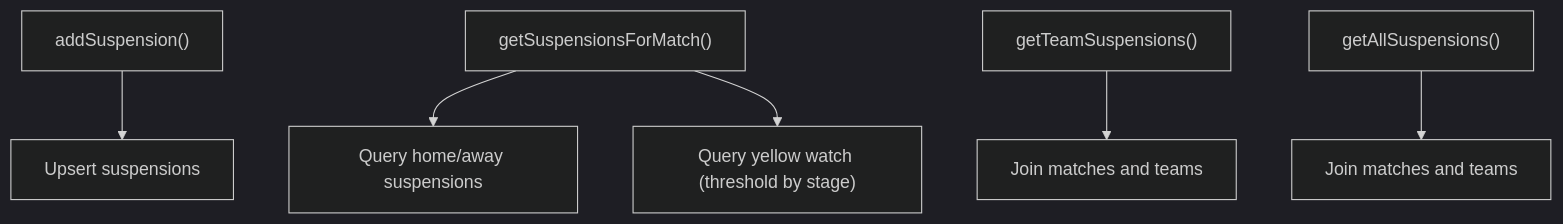
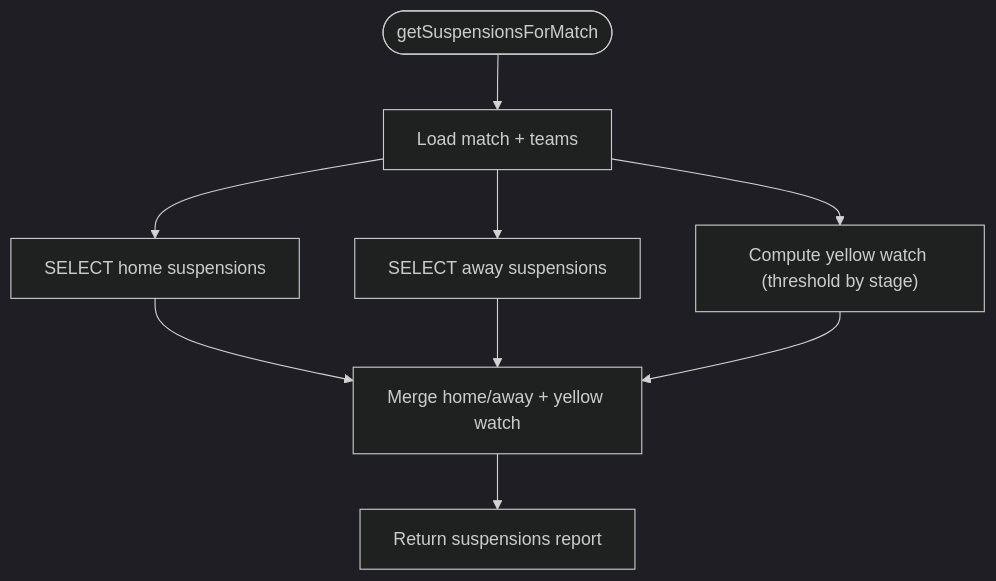
The sixth of 8 diagrams in .qoder/repowiki/en/content/Data Services/Data Services.md (cheesiong/WC26-qwen), drawn with Mermaid (dark theme) before and after one commit. The commit also changed other lines of this file and 181 other files, not shown here.

````diff
--- a/.qoder/repowiki/en/content/Data Services/Data Services.md
+++ b/.qoder/repowiki/en/content/Data Services/Data Services.md
@@ -276,8 +298,11 @@
 ```mermaid
 flowchart TD
-A["addSuspension()"] --> B["Upsert suspensions"]
-C["getSuspensionsForMatch()"] --> D["Query home/away suspensions"]
-C --> E["Query yellow watch (threshold by stage)"]
-F["getTeamSuspensions()"] --> G["Join matches and teams"]
-H["getAllSuspensions()"] --> I["Join matches and teams"]
+Start(["getSuspensionsForMatch"]) --> LoadMatch["Load match + teams"]
+LoadMatch --> HomeSus["SELECT home suspensions"]
+LoadMatch --> AwaySus["SELECT away suspensions"]
+LoadMatch --> YellowWatch["Compute yellow watch (threshold by stage)"]
+HomeSus --> Merge["Merge home/away + yellow watch"]
+AwaySus --> Merge
+YellowWatch --> Merge
+Merge --> Return["Return suspensions report"]
 ```
````
